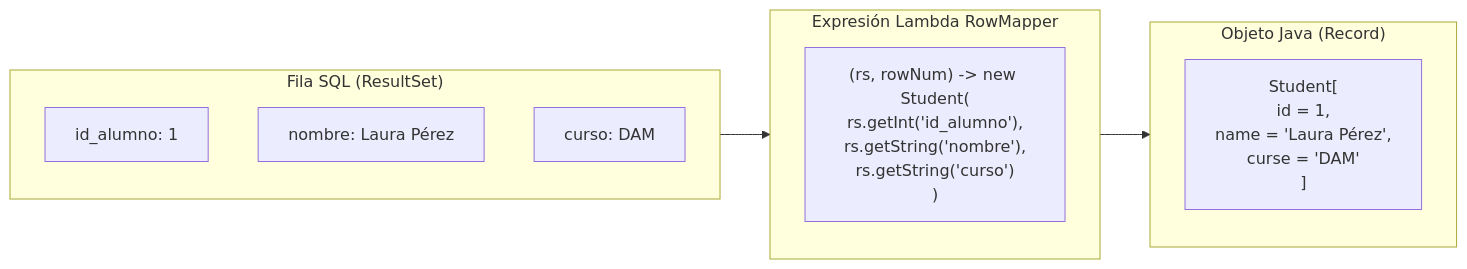
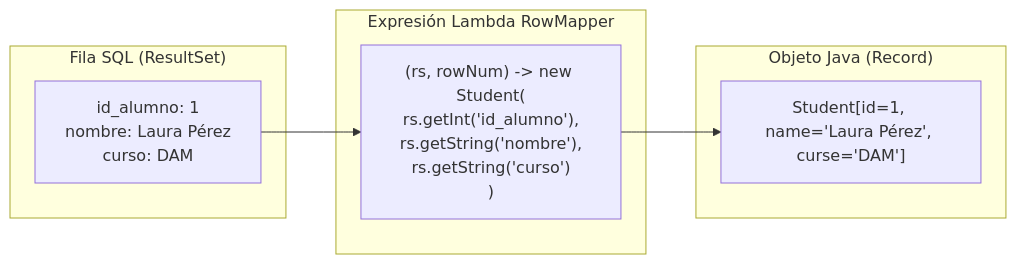
Diagram 13 of 14 in RA2/ra2-manejor-conectores.md (fencgut961/AAD_26_27), drawn with Mermaid before and after one commit. The commit also changed other lines of this file, not shown here.

````diff
--- a/RA2/ra2-manejor-conectores.md
+++ b/RA2/ra2-manejor-conectores.md
@@ -813,19 +810,17 @@
 ```mermaid
 graph LR
-    subgraph SQLResult["Fila SQL (ResultSet)"]
-        R1["id_alumno: 1"]
-        R2["nombre: Laura Pérez"]
-        R3["curso: DAM"]
+    subgraph SQL["Fila SQL (ResultSet)"]
+        F1["id_alumno: 1<br>nombre: Laura Pérez<br>curso: DAM"]
     end
 
-    subgraph LambdaMapper["Expresión Lambda RowMapper"]
-        L1["(rs, rowNum) -> new Student(<br/>rs.getInt('id_alumno'),<br/>rs.getString('nombre'),<br/>rs.getString('curso')<br/>)"]
+    subgraph Lambda["Expresión Lambda RowMapper"]
+        L1["(rs, rowNum) -> new Student(<br>rs.getInt('id_alumno'),<br>rs.getString('nombre'),<br>rs.getString('curso')<br>)"]
     end
 
-    subgraph JavaObj["Objeto Java (Record)"]
-        J1["Student[<br/>id = 1,<br/>name = 'Laura Pérez',<br/>curse = 'DAM'<br/>]"]
+    subgraph Java["Objeto Java (Record)"]
+        J1["Student[id=1, name='Laura Pérez', curse='DAM']"]
     end
 
-    SQLResult --> LambdaMapper
-    LambdaMapper --> JavaObj
+    F1 --> L1
+    L1 --> J1
 ```
````
